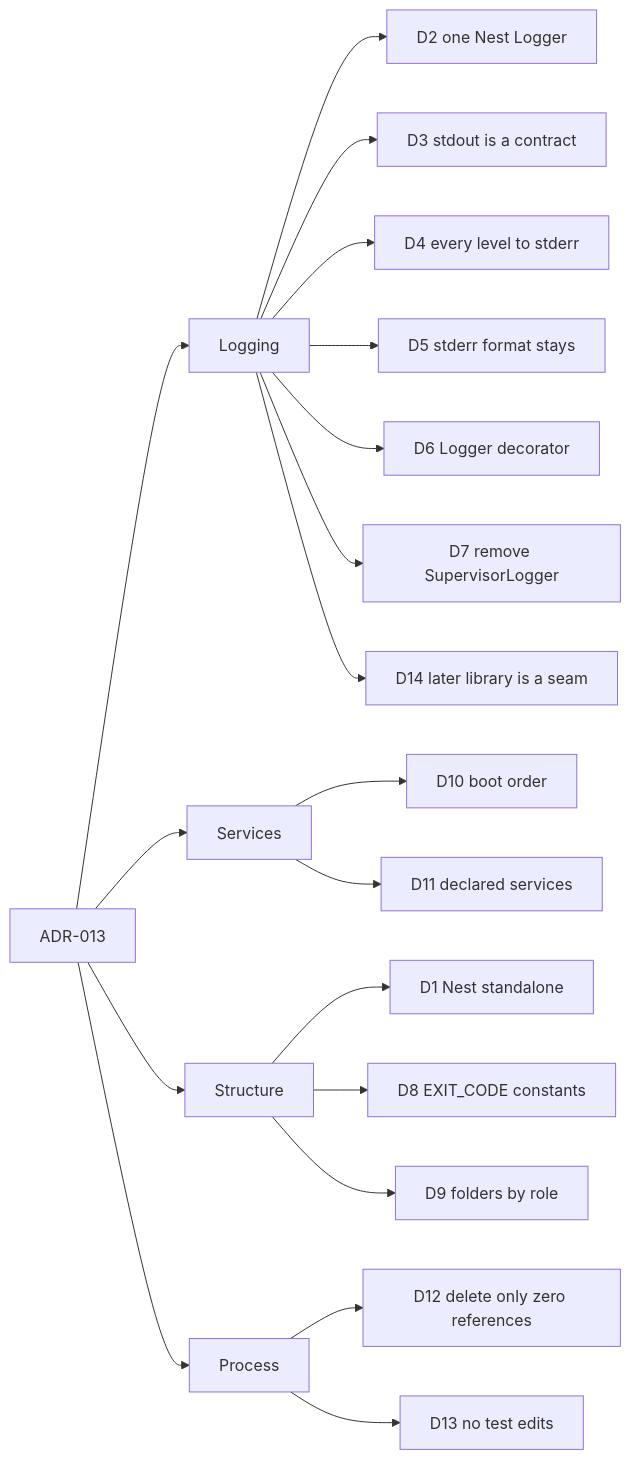
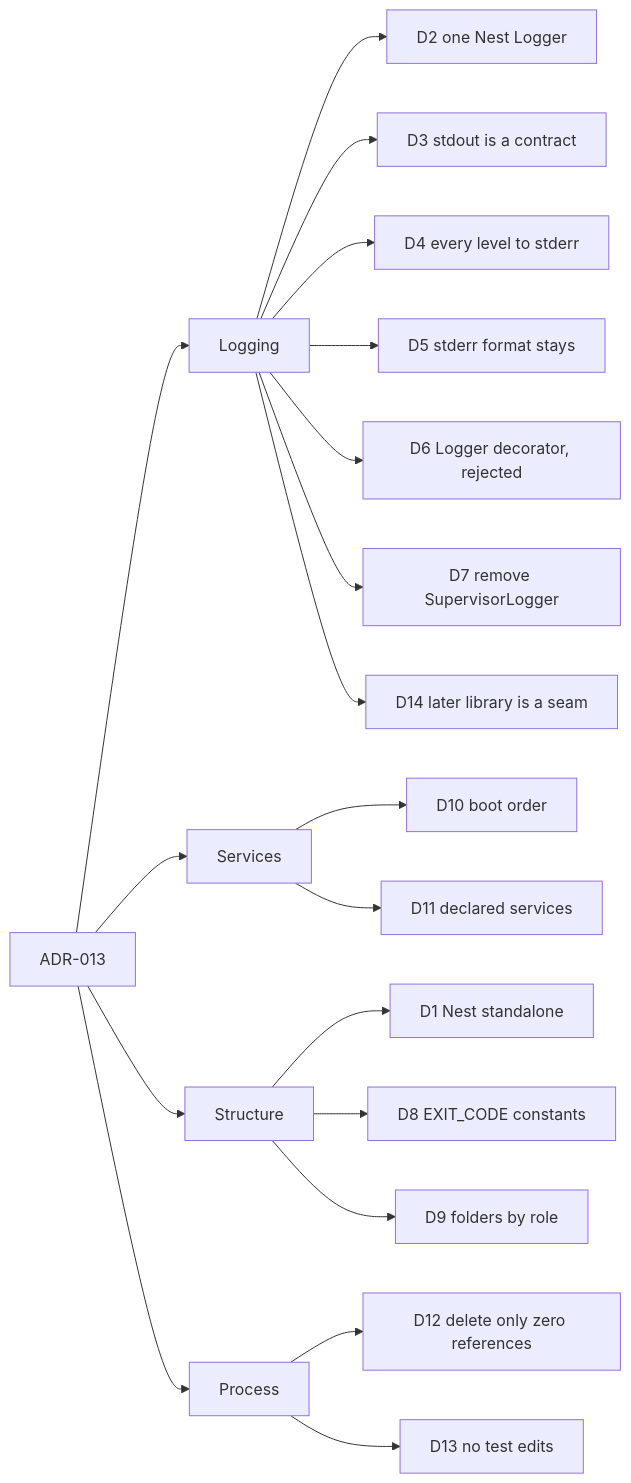
One commit to virgenherrera/lan-solution-template changed the first of 3 diagrams in docs/architecture/adr/ADR-013-nest-standalone-architecture.md. Above: the diagram before and after it, drawn with Mermaid. The commit also changed other lines of this file and 5 other files, not shown here.

````diff
--- a/docs/architecture/adr/ADR-013-nest-standalone-architecture.md
+++ b/docs/architecture/adr/ADR-013-nest-standalone-architecture.md
@@ -56,21 +56,21 @@
 ```mermaid
 flowchart LR
   ADR["ADR-013"] --> LOG["Logging"]
   ADR --> SVC["Services"]
   ADR --> STR["Structure"]
   ADR --> PRC["Process"]
   LOG --> D2["D2 one Nest Logger"]
   LOG --> D3["D3 stdout is a contract"]
   LOG --> D4["D4 every level to stderr"]
   LOG --> D5["D5 stderr format stays"]
-  LOG --> D6["D6 Logger decorator"]
+  LOG --> D6["D6 Logger decorator, rejected"]
   LOG --> D7["D7 remove SupervisorLogger"]
   LOG --> D14["D14 later library is a seam"]
   SVC --> D10["D10 boot order"]
   SVC --> D11["D11 declared services"]
   STR --> D1["D1 Nest standalone"]
   STR --> D8["D8 EXIT_CODE constants"]
   STR --> D9["D9 folders by role"]
   PRC --> D12["D12 delete only zero references"]
   PRC --> D13["D13 no test edits"]
 ```
````
